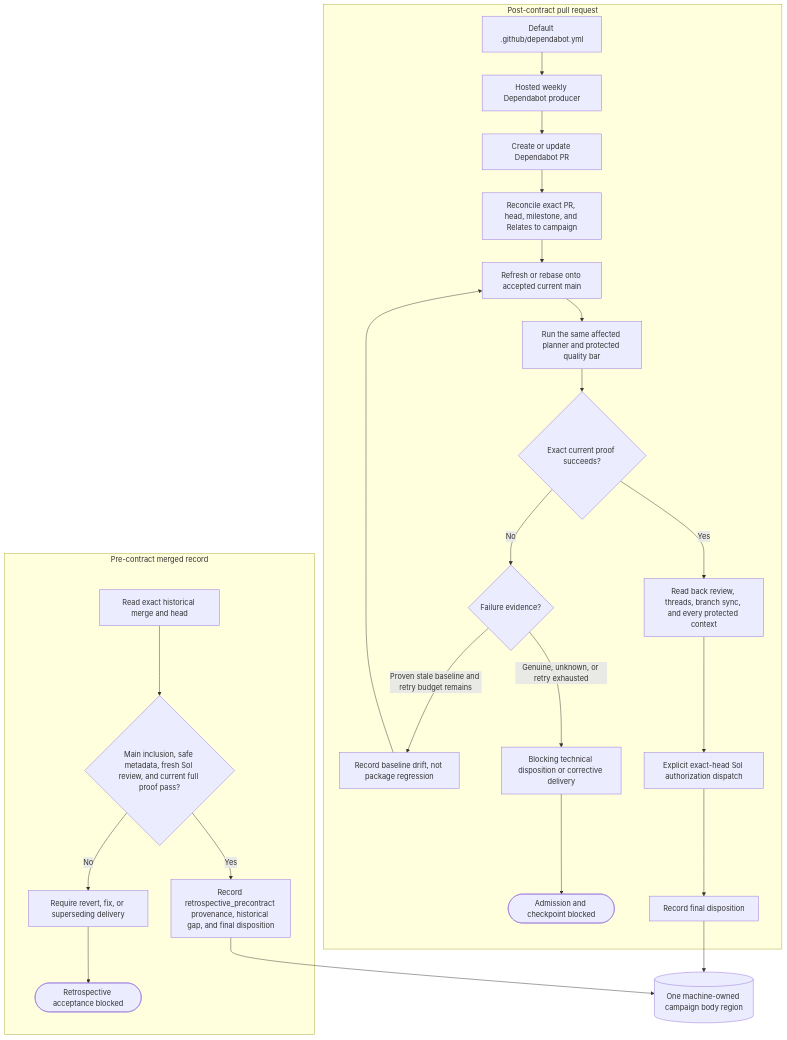
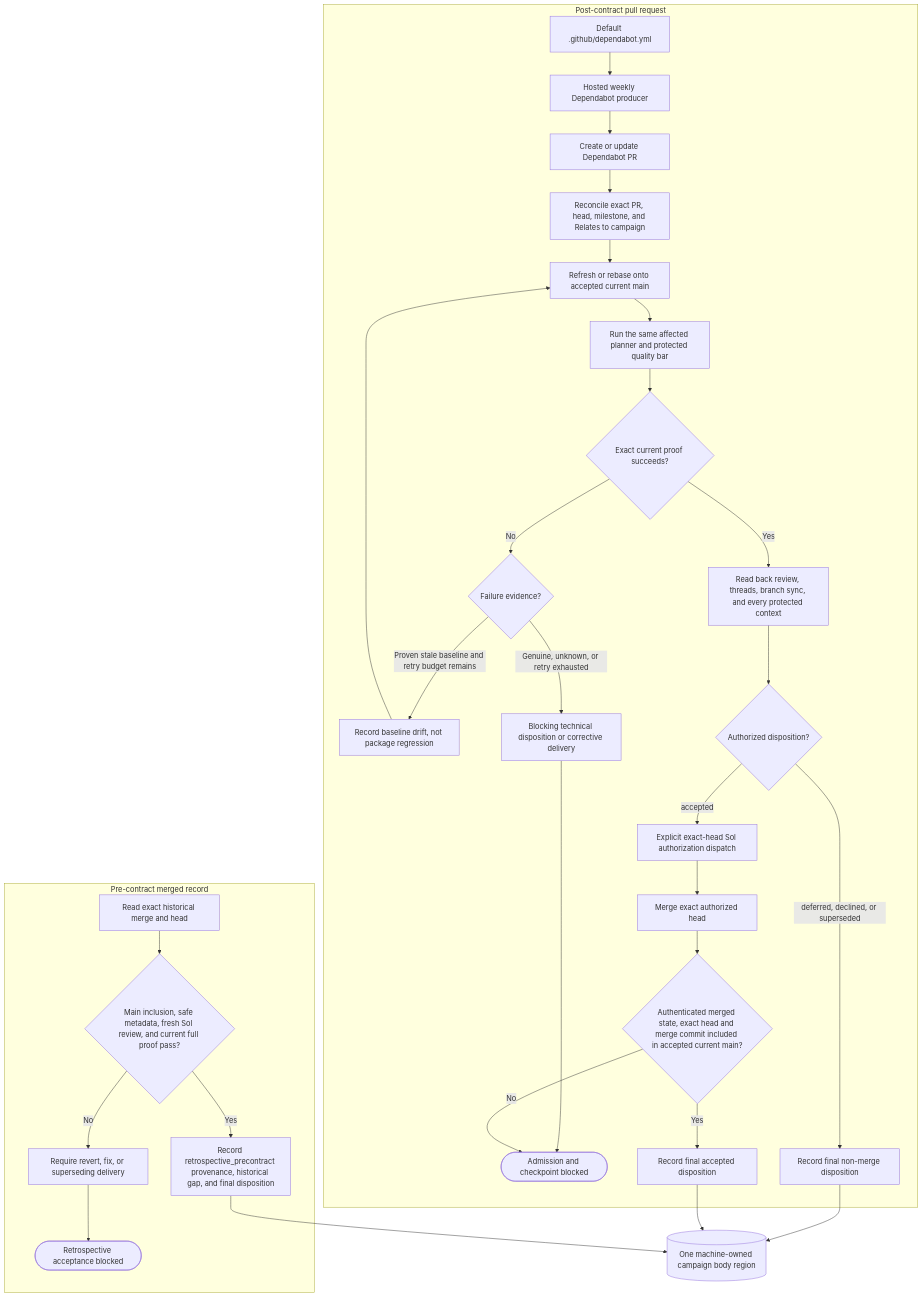
Diagram 28 of 31 in docs/v050-release-architecture.md (styler-ai/ProjectAtlas), drawn with Mermaid before and after one commit. The commit also changed other lines of this file and 9 other files, not shown here.

````diff
--- a/docs/v050-release-architecture.md
+++ b/docs/v050-release-architecture.md
@@ -440,28 +440,34 @@
 ```mermaid
 flowchart TB
     subgraph PostContract[Post-contract pull request]
         Config[Default .github/dependabot.yml] --> Hosted[Hosted weekly Dependabot producer]
         Hosted --> PullRequest[Create or update Dependabot PR]
         PullRequest --> Intake[Reconcile exact PR, head, milestone, and Relates to campaign]
         Intake --> Refresh[Refresh or rebase onto accepted current main]
         Refresh --> SharedCI[Run the same affected planner and protected quality bar]
         SharedCI --> CurrentProof{Exact current proof succeeds?}
         CurrentProof -- No --> FailureBasis{Failure evidence?}
         FailureBasis -- Proven stale baseline and retry budget remains --> Drift[Record baseline drift, not package regression]
         Drift --> Refresh
         FailureBasis -- Genuine, unknown, or retry exhausted --> Technical[Blocking technical disposition or corrective delivery]
         Technical --> FutureBlock([Admission and checkpoint blocked])
         CurrentProof -- Yes --> Review[Read back review, threads, branch sync, and every protected context]
-        Review --> Sol[Explicit exact-head Sol authorization dispatch]
-        Sol --> PRRecord[Record final disposition]
+        Review --> Disposition{Authorized disposition?}
+        Disposition -- deferred, declined, or superseded --> NonAccepted[Record final non-merge disposition]
+        Disposition -- accepted --> Sol[Explicit exact-head Sol authorization dispatch]
+        Sol --> Merge[Merge exact authorized head]
+        Merge --> Inclusion{Authenticated merged state, exact head and merge commit included in accepted current main?}
+        Inclusion -- No --> FutureBlock
+        Inclusion -- Yes --> Accepted[Record final accepted disposition]
     end
-    PRRecord --> Inventory[(One machine-owned campaign body region)]
+    NonAccepted --> Inventory[(One machine-owned campaign body region)]
+    Accepted --> Inventory
 
     subgraph PreContract[Pre-contract merged record]
         Historical[Read exact historical merge and head] --> Retrospective{Main inclusion, safe metadata, fresh Sol review, and current full proof pass?}
         Retrospective -- No --> Corrective[Require revert, fix, or superseding delivery]
         Corrective --> RetroBlock([Retrospective acceptance blocked])
         Retrospective -- Yes --> RetroRecord[Record retrospective_precontract provenance, historical gap, and final disposition]
     end
     RetroRecord --> Inventory
 ```
````
